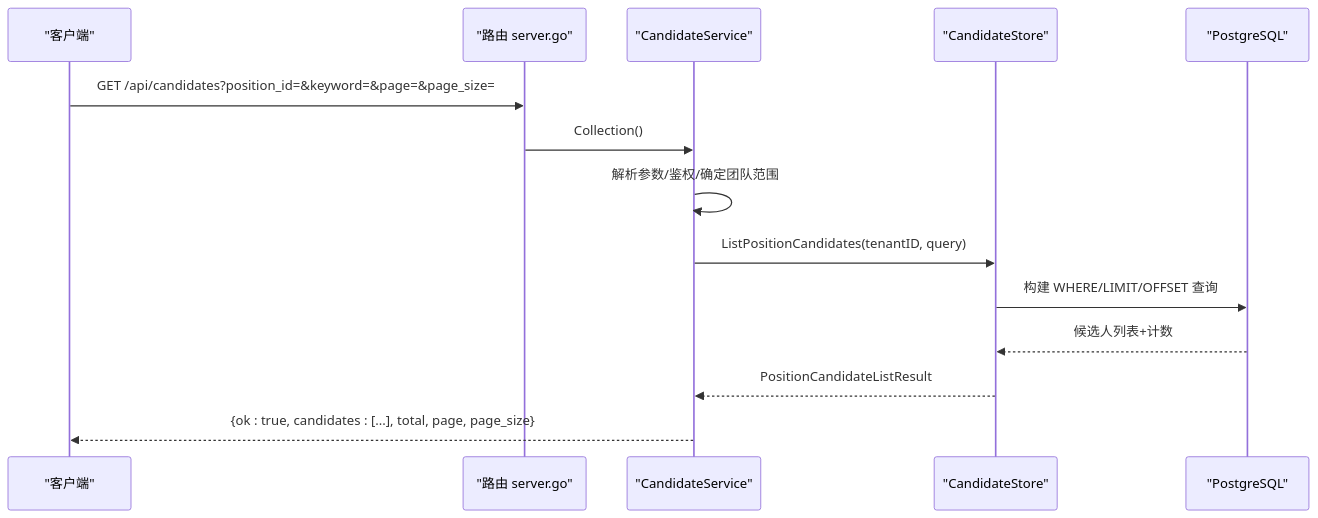
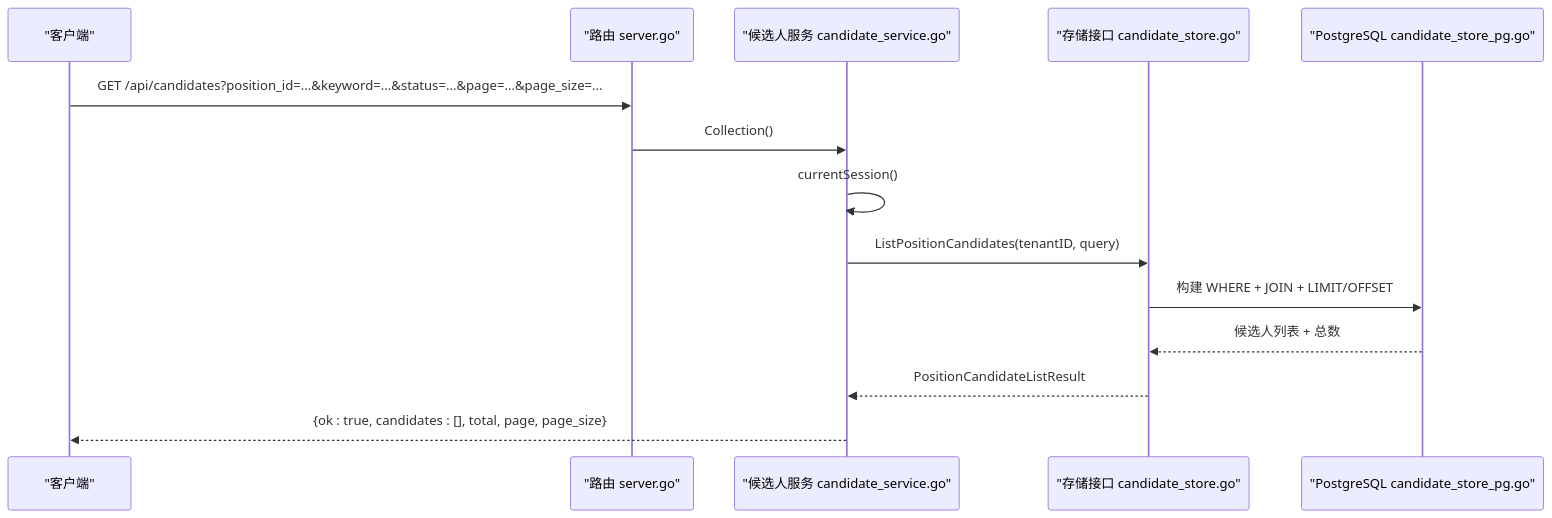
Before and after one commit to alvinwangzi/goodhr: the second of 5 diagrams in .qoder/repowiki/zh/content/API接口文档/云端REST API/候选人管理API.md, drawn with Mermaid. The commit also changed other lines of this file and 149 other files, not shown here.

````diff
--- a/.qoder/repowiki/zh/content/API接口文档/云端REST API/候选人管理API.md
+++ b/.qoder/repowiki/zh/content/API接口文档/云端REST API/候选人管理API.md
@@ -294,16 +73,16 @@
 ```mermaid
 sequenceDiagram
 participant C as "客户端"
 participant R as "路由 server.go"
-participant S as "CandidateService"
-participant ST as "CandidateStore"
-participant DB as "PostgreSQL"
-C->>R : GET /api/candidates?position_id=&keyword=&page=&page_size=
+participant S as "候选人服务 candidate_service.go"
+participant ST as "存储接口 candidate_store.go"
+participant DB as "PostgreSQL candidate_store_pg.go"
+C->>R : GET /api/candidates?position_id=...&keyword=...&status=...&page=...&page_size=...
 R->>S : Collection()
-S->>S : 解析参数/鉴权/确定团队范围
+S->>S : currentSession()
 S->>ST : ListPositionCandidates(tenantID, query)
-ST->>DB : 构建 WHERE/LIMIT/OFFSET 查询
-DB-->>ST : 候选人列表+计数
+ST->>DB : 构建 WHERE + JOIN + LIMIT/OFFSET
+DB-->>ST : 候选人列表 + 总数
 ST-->>S : PositionCandidateListResult
-S-->>C : {ok : true, candidates : [...], total, page, page_size}
+S-->>C : {ok : true, candidates : [], total, page, page_size}
 ```
````
